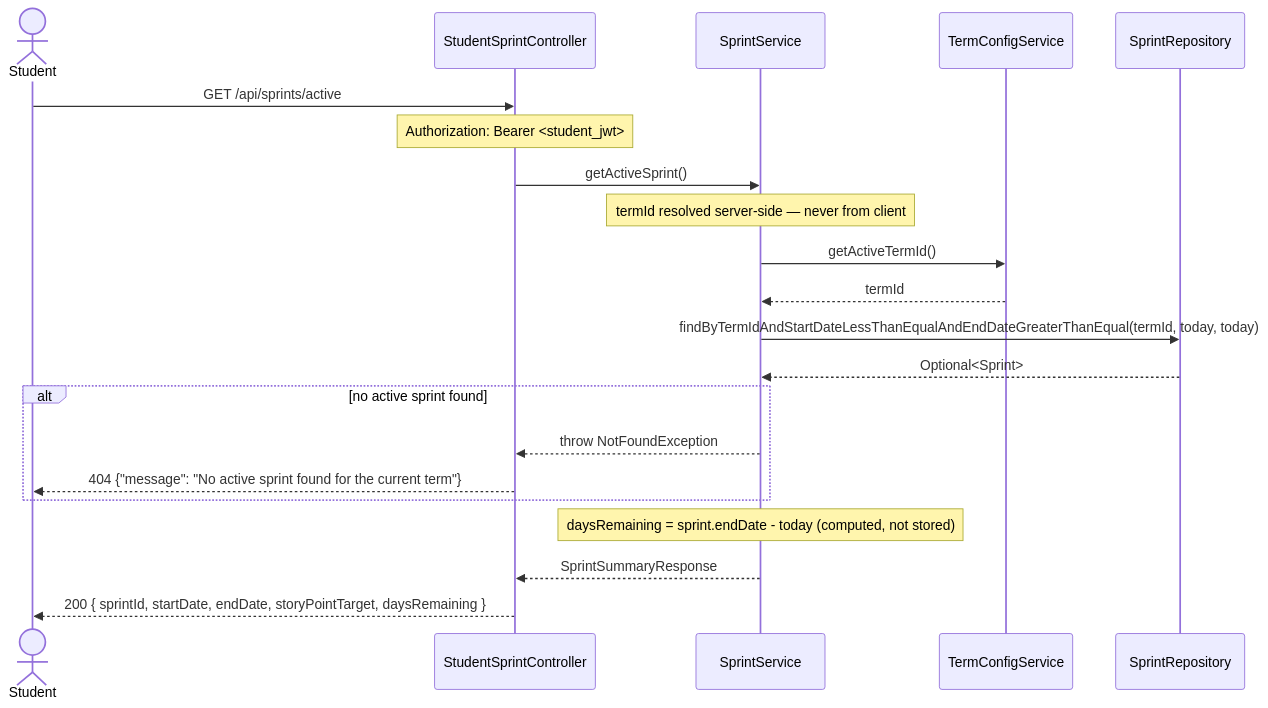
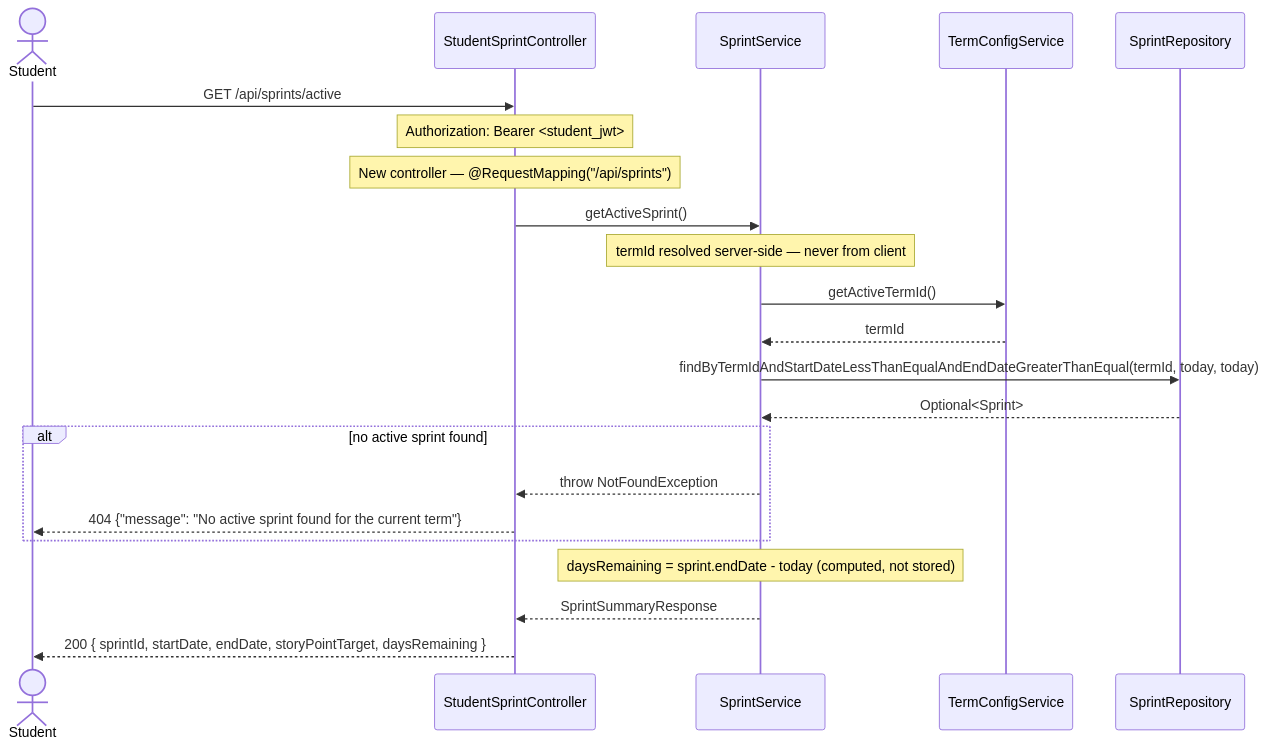
The first of 2 diagrams in docs/process5/sequences/5.6_student_sprint_view.md (SE3318-Spring-2025-2026/senior-app-6), drawn with Mermaid before and after one commit. The commit also changed other lines of this file and 4 other files, not shown here.

````diff
--- a/docs/process5/sequences/5.6_student_sprint_view.md
+++ b/docs/process5/sequences/5.6_student_sprint_view.md
@@ -13,29 +13,30 @@
 ```mermaid
 sequenceDiagram
     actor Student
     participant StudentSprintController
     participant SprintService
     participant TermConfigService
     participant SprintRepository
 
     Student->>StudentSprintController: GET /api/sprints/active
     Note over StudentSprintController: Authorization: Bearer <student_jwt>
+    Note over StudentSprintController: New controller — @RequestMapping("/api/sprints")
 
     StudentSprintController->>SprintService: getActiveSprint()
 
     Note over SprintService: termId resolved server-side — never from client
     SprintService->>TermConfigService: getActiveTermId()
     TermConfigService-->>SprintService: termId
 
     SprintService->>SprintRepository: findByTermIdAndStartDateLessThanEqualAndEndDateGreaterThanEqual(termId, today, today)
     SprintRepository-->>SprintService: Optional<Sprint>
 
     alt no active sprint found
         SprintService-->>StudentSprintController: throw NotFoundException
         StudentSprintController-->>Student: 404 {"message": "No active sprint found for the current term"}
     end
 
     Note over SprintService: daysRemaining = sprint.endDate - today (computed, not stored)
     SprintService-->>StudentSprintController: SprintSummaryResponse
     StudentSprintController-->>Student: 200 { sprintId, startDate, endDate, storyPointTarget, daysRemaining }
 ```
````
